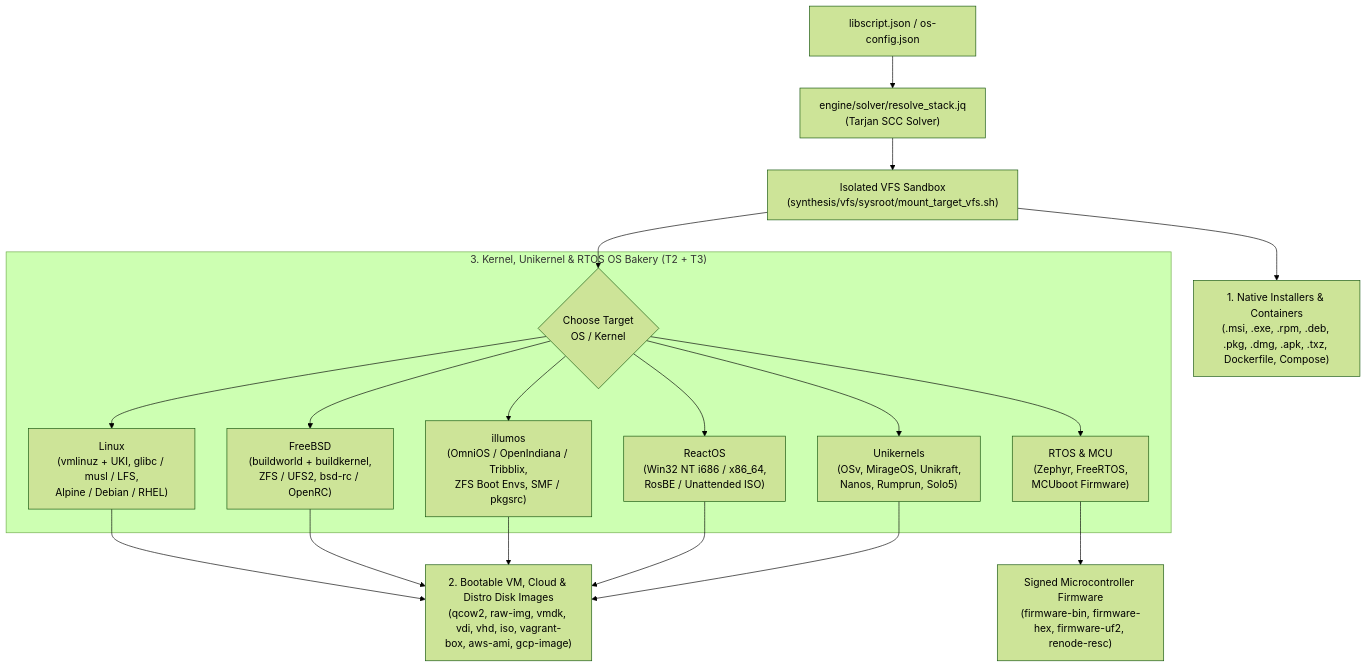
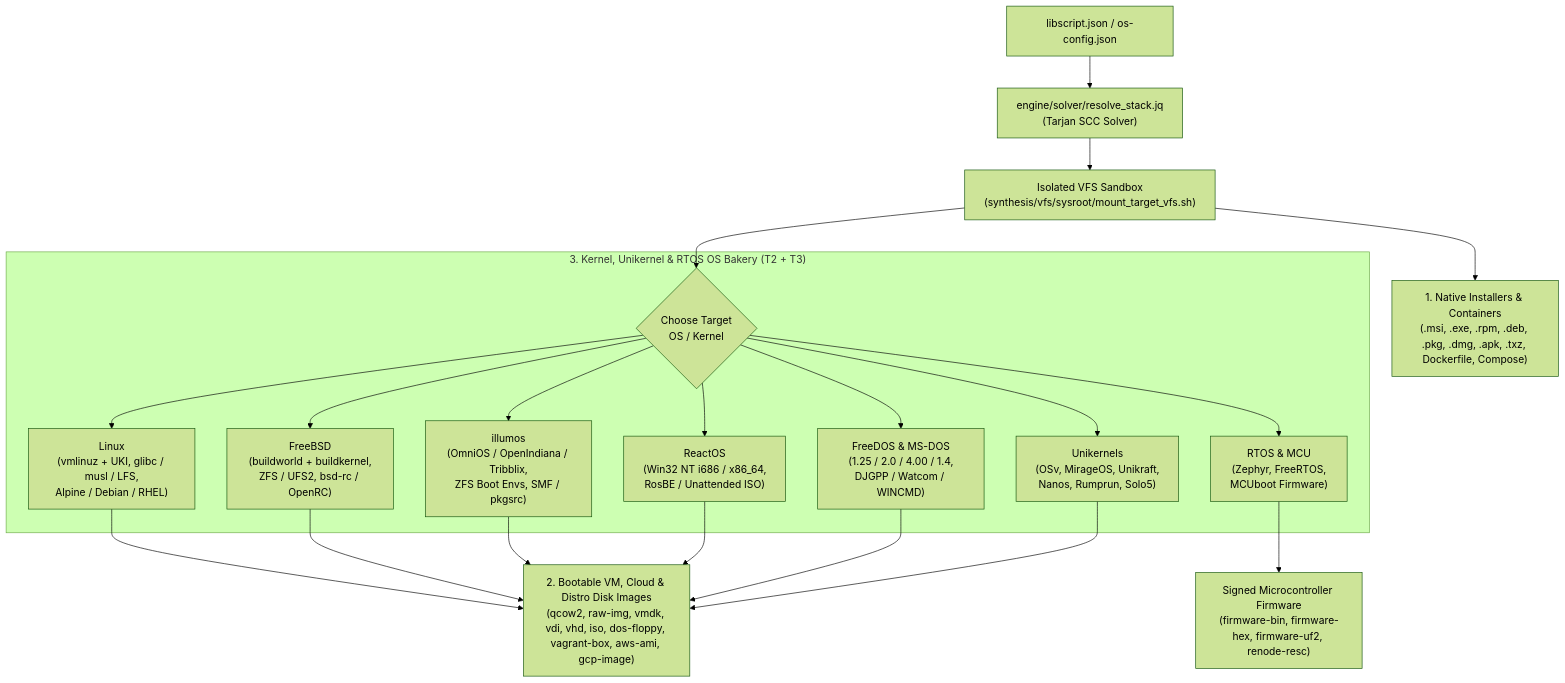
Before and after one commit to SamuelMarks/libscript: the fourth of 5 diagrams in README.md, drawn with Mermaid (forest theme). The commit also changed other lines of this file and 856 other files, not shown here.

````diff
--- a/README.md
+++ b/README.md
@@ -282,23 +290,24 @@
 ```mermaid
 flowchart TD
     Stack["libscript.json / os-config.json"] --> Solver["engine/solver/resolve_stack.jq<br/>(Tarjan SCC Solver)"]
     Solver --> VFS["Isolated VFS Sandbox<br/>(synthesis/vfs/sysroot/mount_target_vfs.sh)"]
 
     VFS --> Stage1["1. Native Installers & Containers<br/>(.msi, .exe, .rpm, .deb, .pkg, .dmg, .apk, .txz, Dockerfile, Compose)"]
 
     subgraph Stage3["3. Kernel, Unikernel & RTOS OS Bakery (T2 + T3)"]
         Choice{"Choose Target<br/>OS / Kernel"}
         B_Linux["Linux<br/>(vmlinuz + UKI, glibc / musl / LFS,<br/>Alpine / Debian / RHEL)"]
         B_FreeBSD["FreeBSD<br/>(buildworld + buildkernel,<br/>ZFS / UFS2, bsd-rc / OpenRC)"]
         B_Illumos["illumos<br/>(OmniOS / OpenIndiana / Tribblix,<br/>ZFS Boot Envs, SMF / pkgsrc)"]
         B_ReactOS["ReactOS<br/>(Win32 NT i686 / x86_64,<br/>RosBE / Unattended ISO)"]
+        B_DOS["FreeDOS & MS-DOS<br/>(1.25 / 2.0 / 4.00 / 1.4,<br/>DJGPP / Watcom / WINCMD)"]
         B_Unikernel["Unikernels<br/>(OSv, MirageOS, Unikraft,<br/>Nanos, Rumprun, Solo5)"]
         B_RTOS["RTOS & MCU<br/>(Zephyr, FreeRTOS,<br/>MCUboot Firmware)"]
 
-        Choice --> B_Linux & B_FreeBSD & B_Illumos & B_ReactOS & B_Unikernel & B_RTOS
+        Choice --> B_Linux & B_FreeBSD & B_Illumos & B_ReactOS & B_DOS & B_Unikernel & B_RTOS
     end
 
     VFS --> Choice
-    B_Linux & B_FreeBSD & B_Illumos & B_ReactOS & B_Unikernel --> Stage2["2. Bootable VM, Cloud & Distro Disk Images<br/>(qcow2, raw-img, vmdk, vdi, vhd, iso, vagrant-box, aws-ami, gcp-image)"]
+    B_Linux & B_FreeBSD & B_Illumos & B_ReactOS & B_DOS & B_Unikernel --> Stage2["2. Bootable VM, Cloud & Distro Disk Images<br/>(qcow2, raw-img, vmdk, vdi, vhd, iso, dos-floppy, vagrant-box, aws-ami, gcp-image)"]
     B_RTOS --> Stage2_FW["Signed Microcontroller Firmware<br/>(firmware-bin, firmware-hex, firmware-uf2, renode-resc)"]
 ```
````
